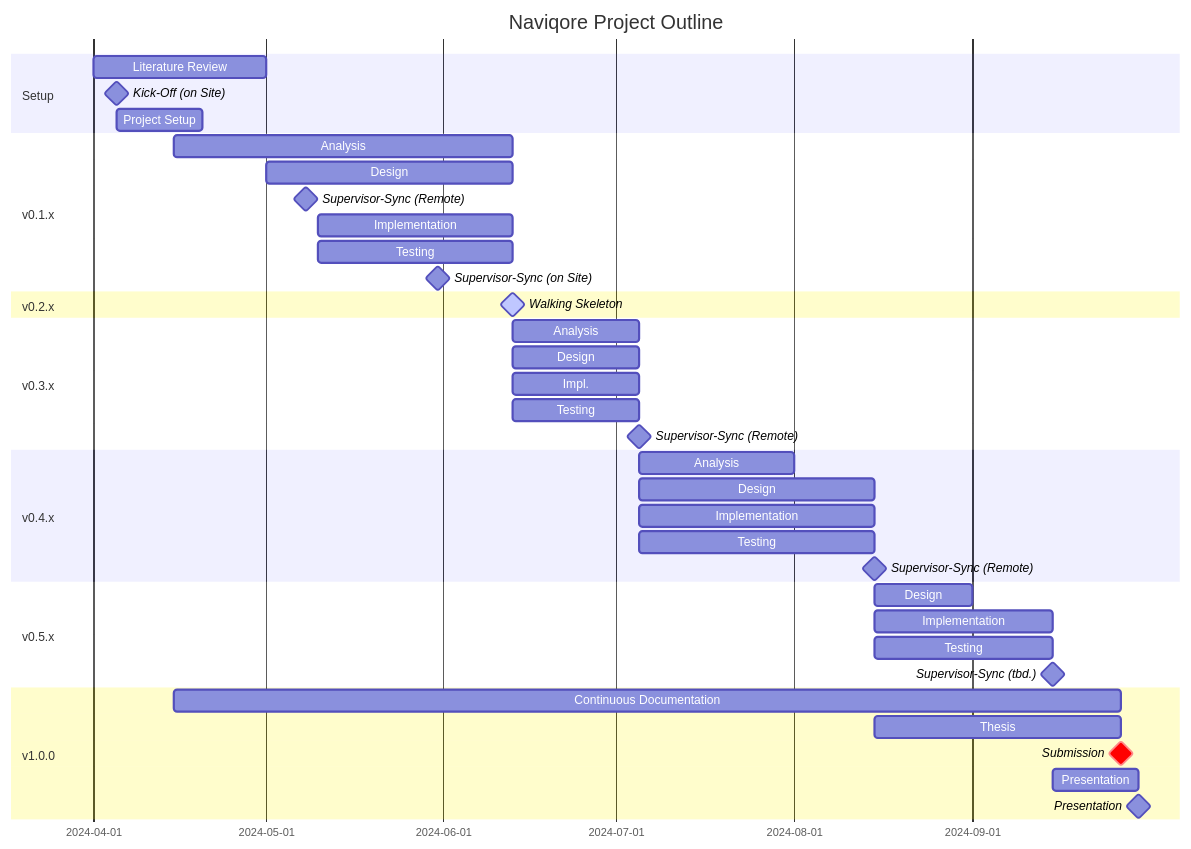
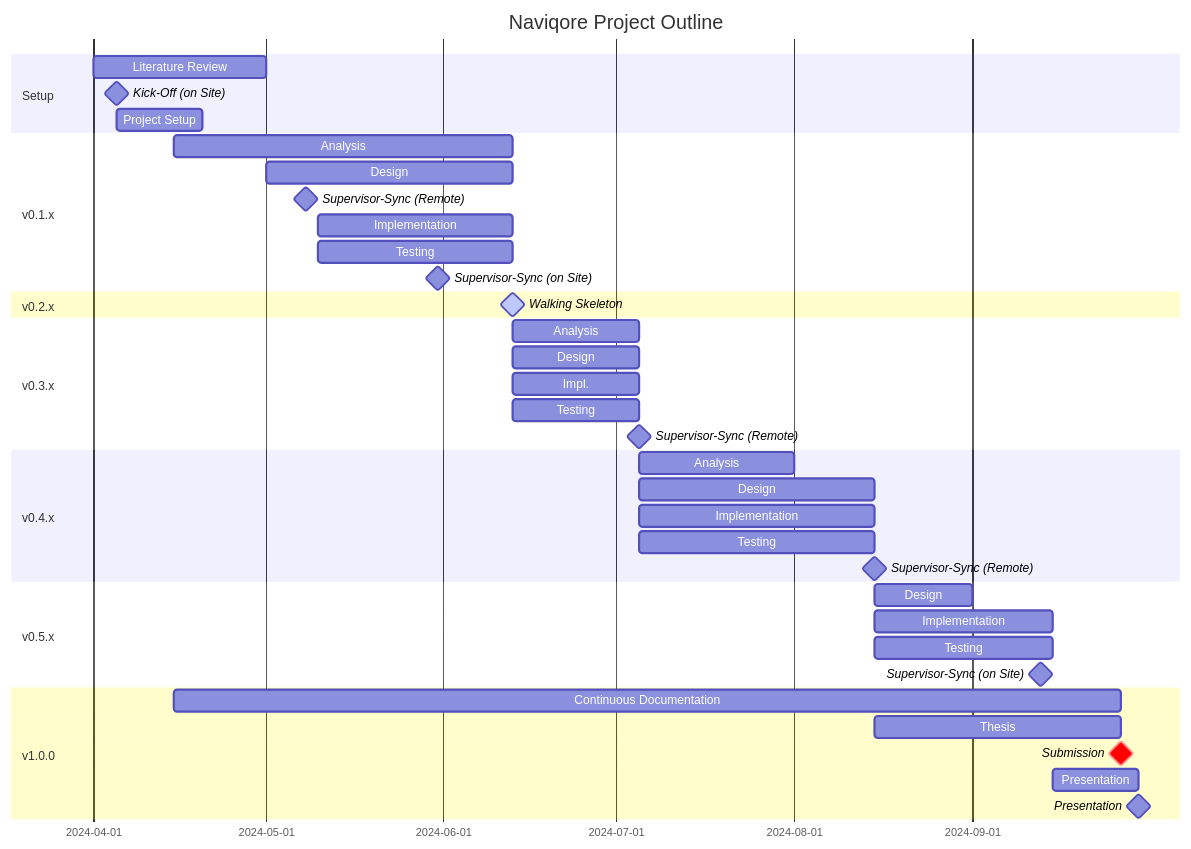
One commit to naviqore/documentation changed the diagram in Writerside/topics/outline.md. Above: the diagram before and after it, drawn with Mermaid. The commit also changed other lines of this file and 12 other files, not shown here.

````diff
--- a/Writerside/topics/outline.md
+++ b/Writerside/topics/outline.md
@@ -5,42 +5,42 @@
 ```mermaid
 gantt
     title Naviqore Project Outline
     dateFormat YYYY-MM-DD
     section Setup
         Literature Review: literature, 2024-04-01, 30d
         Kick-Off (on Site): milestone, kickoff, 2024-04-05, 0d
         Project Setup: project, 2024-04-05, 15d
     section v0.1.x
         Analysis: 2024-04-15, 2024-06-13
         Design: 2024-05-01, 2024-06-13
         Supervisor-Sync (Remote): milestone, 2024-05-08, 0d
         Implementation: 2024-05-10, 2024-06-13
         Testing: 2024-05-10, 2024-06-13
         Supervisor-Sync (on Site): milestone, 2024-05-31, 0d
     section v0.2.x
         Walking Skeleton: milestone, active, walkingSkeleton, 2024-06-13, 0d
     section v0.3.x
         Analysis: 2024-06-13, 2024-07-05
         Design: 2024-06-13, 2024-07-05
         Impl.: 2024-06-13, 2024-07-05
         Testing: 2024-06-13, 2024-07-05
         Supervisor-Sync (Remote): milestone, 2024-07-05, 0d
     section v0.4.x
         Analysis: 2024-07-05, 2024-08-01
         Design: 2024-07-05, 2024-08-15
         Implementation: 2024-07-05, 2024-08-15
         Testing: 2024-07-05, 2024-08-15
         Supervisor-Sync (Remote): milestone, 2024-08-15, 0d
     section v0.5.x
         Design: 2024-08-15, 2024-09-01
         Implementation: 2024-08-15, 2024-09-15
         Testing: 2024-08-15, 2024-09-15
-        Supervisor-Sync (tbd.): milestone, 2024-09-15, 0d
+        Supervisor-Sync (on Site): milestone, 2024-09-13, 0d
     section v1.0.0
         Continuous Documentation: 2024-04-15, 2024-09-27
         Thesis: 2024-08-15, 2024-09-27
         Submission: milestone, crit, submission, 2024-09-27, 0d
         Presentation: 2024-09-15, 2024-09-30
         Presentation: milestone, presentation, 2024-09-30, 0d
 
 ```
````
